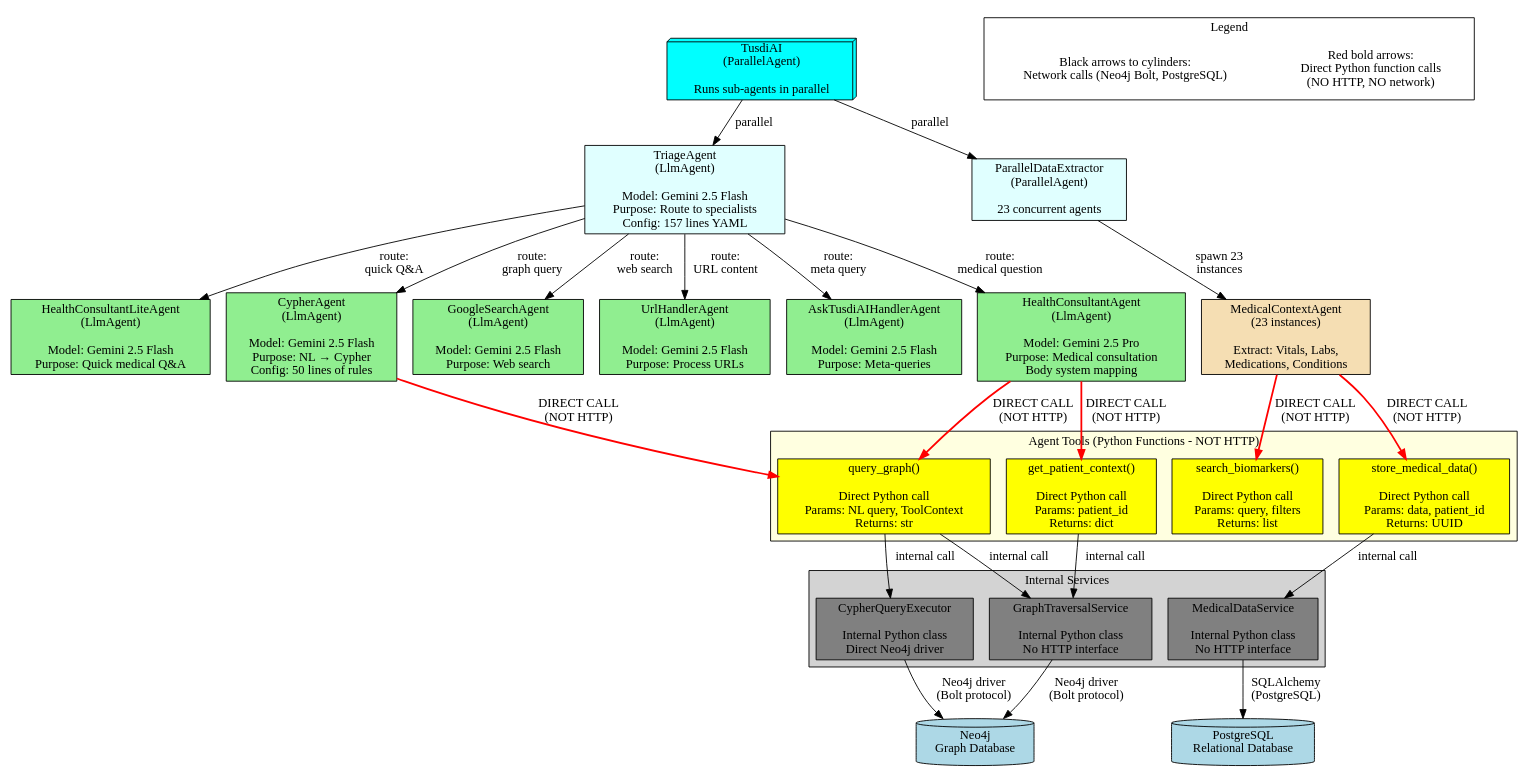
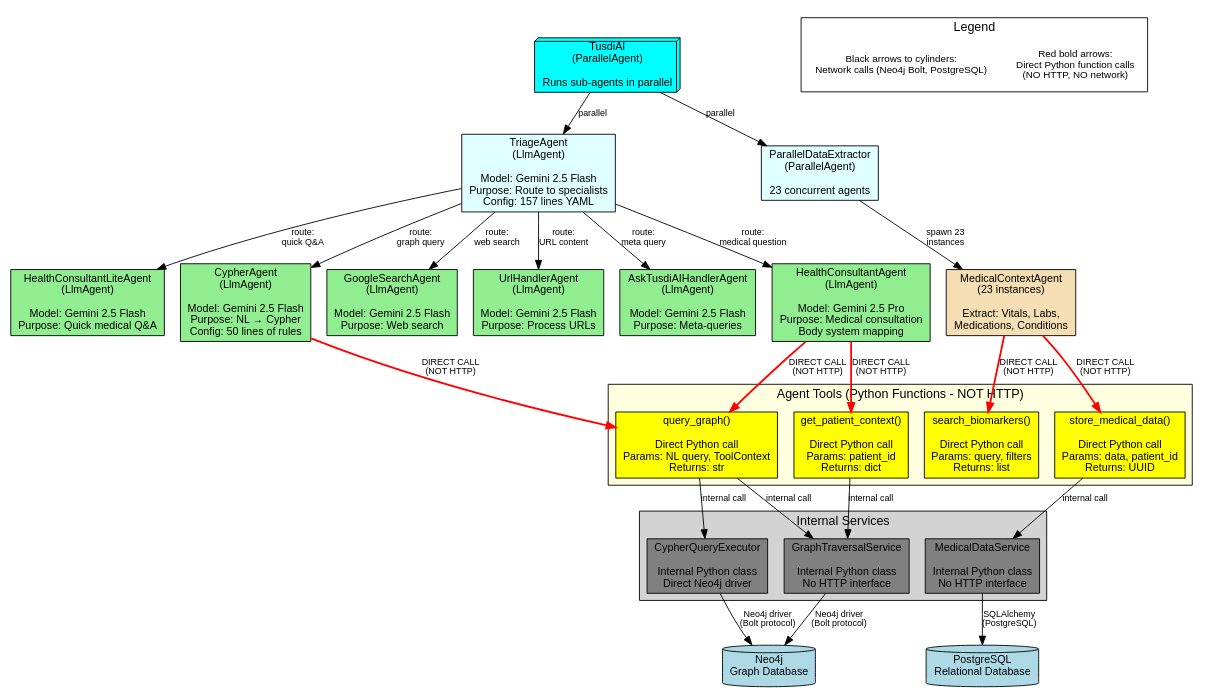
The diagram in docs/DATAFLOW_agent_hierarchy.dot (NumberOne-AI/machina-meta), drawn with Graphviz before and after one commit. The commit also changed 4 other files, not shown here.

First line of the commit message:
docs: improve font sizes in all Graphviz diagrams

```diff
--- a/docs/DATAFLOW_agent_hierarchy.dot
+++ b/docs/DATAFLOW_agent_hierarchy.dot
@@ -1,94 +1,98 @@
 // Agent Hierarchy and Tool Execution Flow
 // Shows internal Python function calling pattern (NOT HTTP)
 digraph AgentHierarchy {
     rankdir=TB;
-    node [shape=box, style=filled];
+
+    // Font settings for readability
+    graph [fontsize=14, fontname="Arial"];
+    node [shape=box, style=filled, fontsize=12, fontname="Arial"];
+    edge [fontsize=10, fontname="Arial"];
 
     // Root agent
     tusdi_ai [label="TusdiAI\n(ParallelAgent)\n\nRuns sub-agents in parallel", fillcolor=cyan, shape=box3d];
 
     // First-level agents
     triage [label="TriageAgent\n(LlmAgent)\n\nModel: Gemini 2.5 Flash\nPurpose: Route to specialists\nConfig: 157 lines YAML", fillcolor=lightcyan];
     parallel_extractor [label="ParallelDataExtractor\n(ParallelAgent)\n\n23 concurrent agents", fillcolor=lightcyan];
 
     // Specialist agents (called by TriageAgent)
     health_consultant [label="HealthConsultantAgent\n(LlmAgent)\n\nModel: Gemini 2.5 Pro\nPurpose: Medical consultation\nBody system mapping", fillcolor=lightgreen];
     health_consultant_lite [label="HealthConsultantLiteAgent\n(LlmAgent)\n\nModel: Gemini 2.5 Flash\nPurpose: Quick medical Q&A", fillcolor=lightgreen];
     cypher_agent [label="CypherAgent\n(LlmAgent)\n\nModel: Gemini 2.5 Flash\nPurpose: NL → Cypher\nConfig: 50 lines of rules", fillcolor=lightgreen];
     google_search [label="GoogleSearchAgent\n(LlmAgent)\n\nModel: Gemini 2.5 Flash\nPurpose: Web search", fillcolor=lightgreen];
     url_handler [label="UrlHandlerAgent\n(LlmAgent)\n\nModel: Gemini 2.5 Flash\nPurpose: Process URLs", fillcolor=lightgreen];
     ask_tai [label="AskTusdiAIHandlerAgent\n(LlmAgent)\n\nModel: Gemini 2.5 Flash\nPurpose: Meta-queries", fillcolor=lightgreen];
 
     // Data extraction agents (run by ParallelDataExtractor)
     medical_context [label="MedicalContextAgent\n(23 instances)\n\nExtract: Vitals, Labs,\nMedications, Conditions", fillcolor=wheat];
 
     // Tool layer (Python functions)
     subgraph cluster_tools {
         label="Agent Tools (Python Functions - NOT HTTP)";
         fillcolor=lightyellow;
         style=filled;
 
         query_graph_tool [label="query_graph()\n\nDirect Python call\nParams: NL query, ToolContext\nReturns: str", fillcolor=yellow];
         store_medical_data_tool [label="store_medical_data()\n\nDirect Python call\nParams: data, patient_id\nReturns: UUID", fillcolor=yellow];
         search_biomarkers_tool [label="search_biomarkers()\n\nDirect Python call\nParams: query, filters\nReturns: list", fillcolor=yellow];
         get_patient_context_tool [label="get_patient_context()\n\nDirect Python call\nParams: patient_id\nReturns: dict", fillcolor=yellow];
     }
 
     // Internal services (called by tools)
     subgraph cluster_services {
         label="Internal Services";
         fillcolor=lightgray;
         style=filled;
 
         graph_service [label="GraphTraversalService\n\nInternal Python class\nNo HTTP interface", fillcolor=gray];
         med_data_service [label="MedicalDataService\n\nInternal Python class\nNo HTTP interface", fillcolor=gray];
         cypher_query_executor [label="CypherQueryExecutor\n\nInternal Python class\nDirect Neo4j driver", fillcolor=gray];
     }
 
     // Hierarchy edges
     tusdi_ai -> triage [label="parallel"];
     tusdi_ai -> parallel_extractor [label="parallel"];
 
     // Routing edges
     triage -> health_consultant [label="route:\nmedical question"];
     triage -> health_consultant_lite [label="route:\nquick Q&A"];
     triage -> cypher_agent [label="route:\ngraph query"];
     triage -> google_search [label="route:\nweb search"];
     triage -> url_handler [label="route:\nURL content"];
     triage -> ask_tai [label="route:\nmeta query"];
 
     // Extraction edges
     parallel_extractor -> medical_context [label="spawn 23\ninstances"];
 
     // Tool calling edges (CRITICAL: These are Python function calls)
     health_consultant -> query_graph_tool [label="DIRECT CALL\n(NOT HTTP)", style=bold, color=red];
     health_consultant -> get_patient_context_tool [label="DIRECT CALL\n(NOT HTTP)", style=bold, color=red];
     cypher_agent -> query_graph_tool [label="DIRECT CALL\n(NOT HTTP)", style=bold, color=red];
     medical_context -> store_medical_data_tool [label="DIRECT CALL\n(NOT HTTP)", style=bold, color=red];
     medical_context -> search_biomarkers_tool [label="DIRECT CALL\n(NOT HTTP)", style=bold, color=red];
 
     // Tool to service edges (internal Python calls)
     query_graph_tool -> cypher_query_executor [label="internal call"];
     query_graph_tool -> graph_service [label="internal call"];
     store_medical_data_tool -> med_data_service [label="internal call"];
     get_patient_context_tool -> graph_service [label="internal call"];
 
     // Service to database (only layer that uses network)
     graph_service -> neo4j [label="Neo4j driver\n(Bolt protocol)", fillcolor=black, shape=cylinder];
     cypher_query_executor -> neo4j [label="Neo4j driver\n(Bolt protocol)", fillcolor=black, shape=cylinder];
     med_data_service -> postgres [label="SQLAlchemy\n(PostgreSQL)", fillcolor=black, shape=cylinder];
 
     // Databases
     neo4j [label="Neo4j\nGraph Database", fillcolor=lightblue, shape=cylinder];
     postgres [label="PostgreSQL\nRelational Database", fillcolor=lightblue, shape=cylinder];
 
     // Legend
     subgraph cluster_legend {
         label="Legend";
         fillcolor=white;
         style=filled;
 
-        legend_direct [label="Red bold arrows:\nDirect Python function calls\n(NO HTTP, NO network)", fillcolor=white, shape=plaintext];
-        legend_network [label="Black arrows to cylinders:\nNetwork calls (Neo4j Bolt, PostgreSQL)", fillcolor=white, shape=plaintext];
+        legend_direct [label="Red bold arrows:\nDirect Python function calls\n(NO HTTP, NO network)", fillcolor=white, shape=plaintext, fontsize=11];
+        legend_network [label="Black arrows to cylinders:\nNetwork calls (Neo4j Bolt, PostgreSQL)", fillcolor=white, shape=plaintext, fontsize=11];
     }
 }
```
